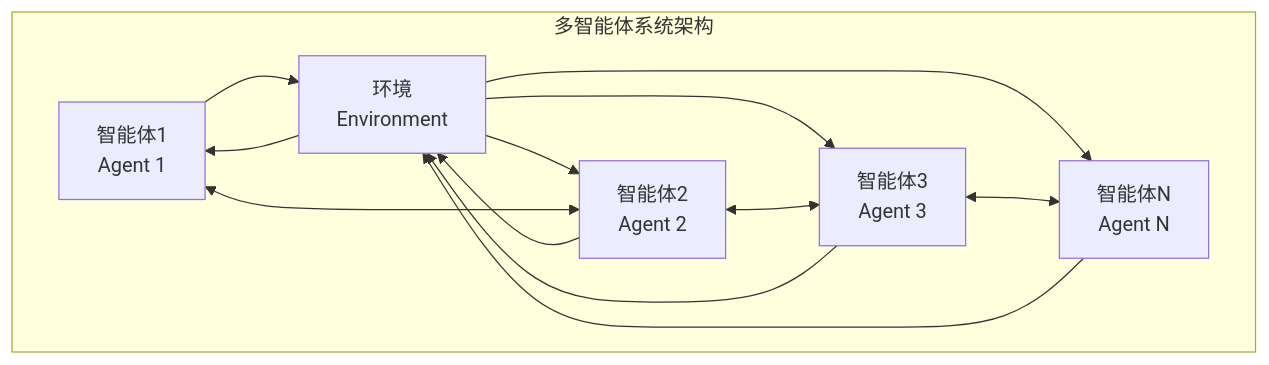
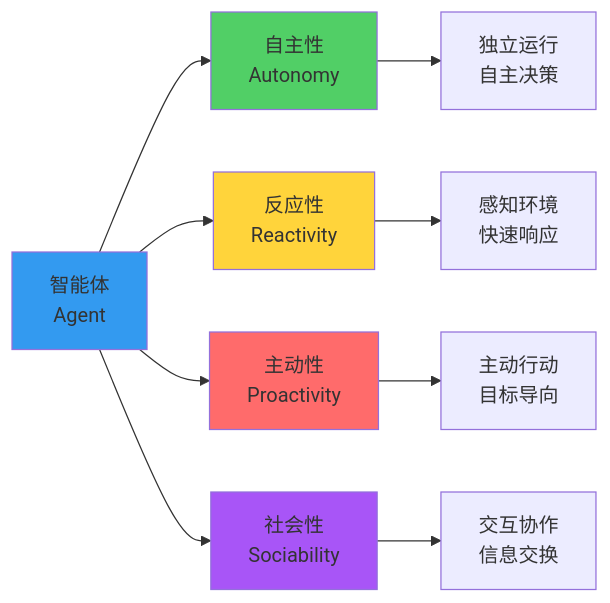
The second of 12 diagrams in book/part3-agents/chapter18-multi-agent/18.1-multi-agent-collaboration-patterns.md (Leavesfly/TinyAI), drawn with Mermaid before and after one commit. The commit also changed other lines of this file and 40 other files, not shown here.

````diff
--- a/book/part3-agents/chapter18-multi-agent/18.1-multi-agent-collaboration-patterns.md
+++ b/book/part3-agents/chapter18-multi-agent/18.1-multi-agent-collaboration-patterns.md
@@ -32,23 +59,18 @@
 ```mermaid
-graph TB
-    subgraph "多智能体系统架构"
-        A[智能体1<br/>Agent 1]
-        B[智能体2<br/>Agent 2]
-        C[智能体3<br/>Agent 3]
-        D[智能体N<br/>Agent N]
-        E[环境<br/>Environment]
-    end
+graph LR
+    A[智能体<br/>Agent] --> B[自主性<br/>Autonomy]
+    A --> C[反应性<br/>Reactivity]
+    A --> D[主动性<br/>Proactivity]
+    A --> E[社会性<br/>Sociability]
     
-    A --> E
-    B --> E
-    C --> E
-    D --> E
-    E --> A
-    E --> B
-    E --> C
-    E --> D
+    B --> B1[独立运行<br/>自主决策]
+    C --> C1[感知环境<br/>快速响应]
+    D --> D1[主动行动<br/>目标导向]
+    E --> E1[交互协作<br/>信息交换]
     
-    A <--> B
-    B <--> C
-    C <--> D
+    style A fill:#339af0
+    style B fill:#51cf66
+    style C fill:#ffd43b
+    style D fill:#ff6b6b
+    style E fill:#a855f7
 ```
````
